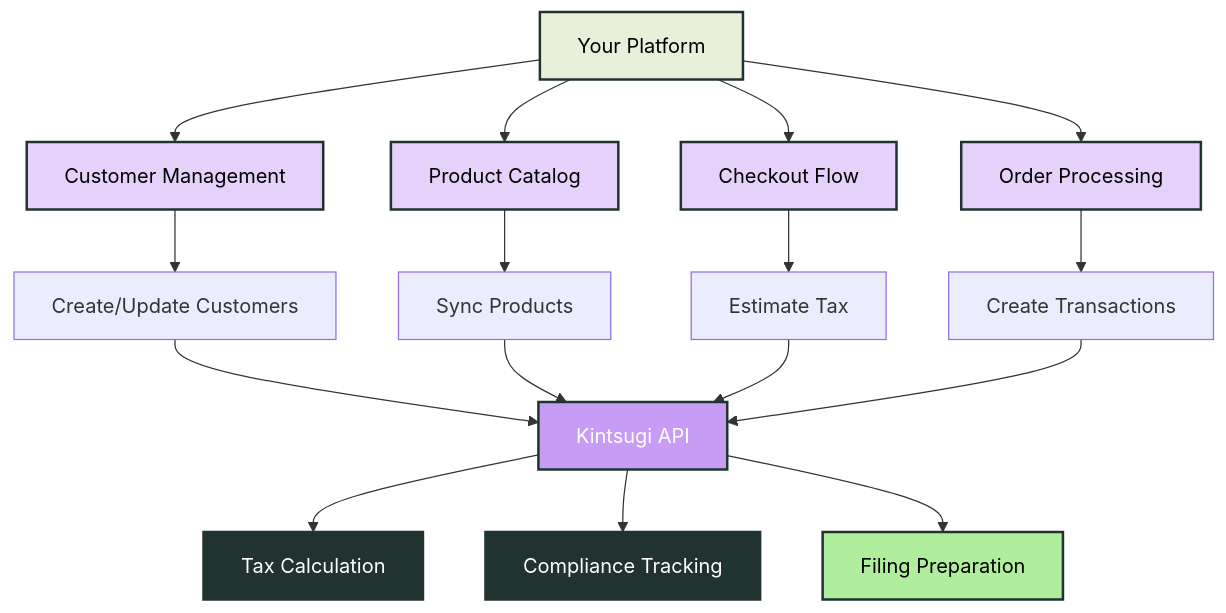
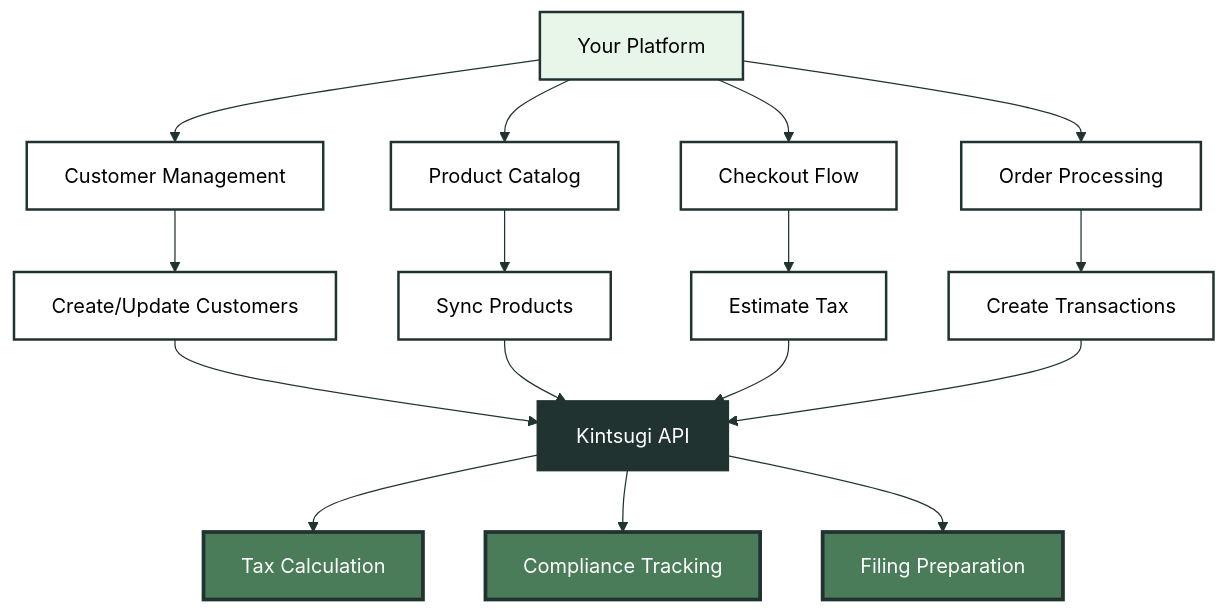
The first of 5 diagrams in docs/guides/integrating-kintsugis-api.mdx (kintsugi-tax/docs-v2), drawn with Mermaid before and after one commit. The commit also changed other lines of this file and 6 other files, not shown here.

Commit message:
fix mermaid diagram appearance in dark mode

````diff
--- a/docs/guides/integrating-kintsugis-api.mdx
+++ b/docs/guides/integrating-kintsugis-api.mdx
@@ -35,31 +35,36 @@
 ```mermaid
+%%{init: {'theme':'base', 'themeVariables': {'primaryColor':'#FFFFFF','primaryTextColor':'#213331','primaryBorderColor':'#213331','lineColor':'#213331','secondaryColor':'#FFFFFF','tertiaryColor':'#213331','edgeLabelBackground':'transparent','edgeStrokeWidth':'2px','edgeStroke':'#213331','arrowheadColor':'#213331','clusterBkg':'transparent','clusterBorder':'#213331','defaultLinkColor':'#213331'}}}%%
 flowchart TD
     A[Your Platform] --> B[Customer Management]
     A --> C[Product Catalog]
     A --> D[Checkout Flow]
     A --> E[Order Processing]
     
     B --> F[Create/Update Customers]
     C --> G[Sync Products]
     D --> H[Estimate Tax]
     E --> I[Create Transactions]
     
     F --> J[Kintsugi API]
     G --> J
     H --> J
     I --> J
     
     J --> K[Tax Calculation]
     J --> L[Compliance Tracking]
     J --> M[Filing Preparation]
     
-    style A fill:#E8F0D9,stroke:#213331,stroke-width:2px,color:#000000
-    style B fill:#E5D1FA,stroke:#213331,stroke-width:2px,color:#000000
-    style C fill:#E5D1FA,stroke:#213331,stroke-width:2px,color:#000000
-    style D fill:#E5D1FA,stroke:#213331,stroke-width:2px,color:#000000
-    style E fill:#E5D1FA,stroke:#213331,stroke-width:2px,color:#000000
-    style J fill:#C69CF4,stroke:#213331,stroke-width:2px,color:#FFFFFF
-    style K fill:#213331,stroke:#213331,stroke-width:2px,color:#FFFFFF
-    style L fill:#213331,stroke:#213331,stroke-width:2px,color:#FFFFFF
-    style M fill:#B0ED9C,stroke:#213331,stroke-width:2px,color:#000000
+    style A fill:#e8f5e9,stroke:#213331,stroke-width:2px,color:#000000
+    style B fill:#FFFFFF,stroke:#213331,stroke-width:2px,color:#000000
+    style C fill:#FFFFFF,stroke:#213331,stroke-width:2px,color:#000000
+    style D fill:#FFFFFF,stroke:#213331,stroke-width:2px,color:#000000
+    style E fill:#FFFFFF,stroke:#213331,stroke-width:2px,color:#000000
+    style F fill:#FFFFFF,stroke:#213331,stroke-width:2px,color:#000000
+    style G fill:#FFFFFF,stroke:#213331,stroke-width:2px,color:#000000
+    style H fill:#FFFFFF,stroke:#213331,stroke-width:2px,color:#000000
+    style I fill:#FFFFFF,stroke:#213331,stroke-width:2px,color:#000000
+    style J fill:#213331,stroke:#213331,stroke-width:3px,color:#FFFFFF
+    style K fill:#4a7c59,stroke:#213331,stroke-width:3px,color:#FFFFFF
+    style L fill:#4a7c59,stroke:#213331,stroke-width:3px,color:#FFFFFF
+    style M fill:#4a7c59,stroke:#213331,stroke-width:3px,color:#FFFFFF
 ```
````
